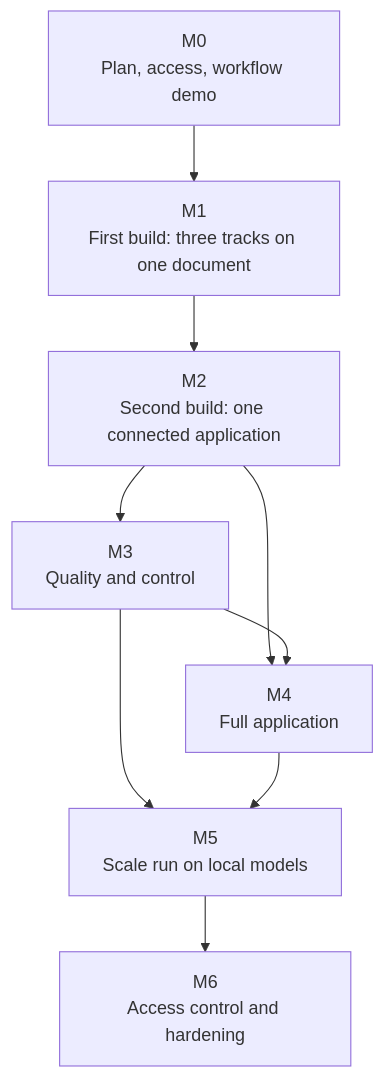
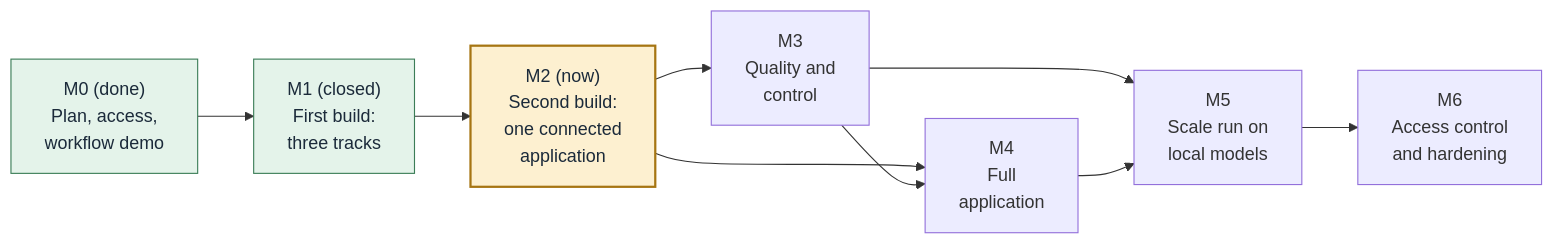
The diagram in docs/DEVELOPMENT_PLAN.md (thaitri2005/Secure-O-G-LLM-and-Knowledge-Graph), drawn with Mermaid before and after one commit. The commit also changed 47 other files, not shown here.

````diff
--- a/docs/DEVELOPMENT_PLAN.md
+++ b/docs/DEVELOPMENT_PLAN.md
@@ -86,11 +86,13 @@
 ```mermaid
-flowchart TB
-    M0["M0<br/>Plan, access, workflow demo"] --> M1["M1<br/>First build: three tracks on one document"]
-    M1 --> M2["M2<br/>Second build: one connected application"]
-    M2 --> M3["M3<br/>Quality and control"]
-    M2 --> M4["M4<br/>Full application"]
+flowchart LR
+    M0["M0 (done)<br/>Plan, access,<br/>workflow demo"]:::done --> M1["M1 (closed)<br/>First build:<br/>three tracks"]:::done
+    M1 --> M2["M2 (now)<br/>Second build:<br/>one connected<br/>application"]:::now
+    M2 --> M3["M3<br/>Quality and<br/>control"]
+    M2 --> M4["M4<br/>Full<br/>application"]
     M3 --> M4
-    M3 --> M5["M5<br/>Scale run on local models"]
+    M3 --> M5["M5<br/>Scale run on<br/>local models"]
     M4 --> M5
-    M5 --> M6["M6<br/>Access control and hardening"]
+    M5 --> M6["M6<br/>Access control<br/>and hardening"]
+    classDef done fill:#e4f3ea,stroke:#3b7d57,color:#1b2a3a
+    classDef now fill:#fdf0d0,stroke:#a67512,color:#1b2a3a,stroke-width:2px
 ```
````
